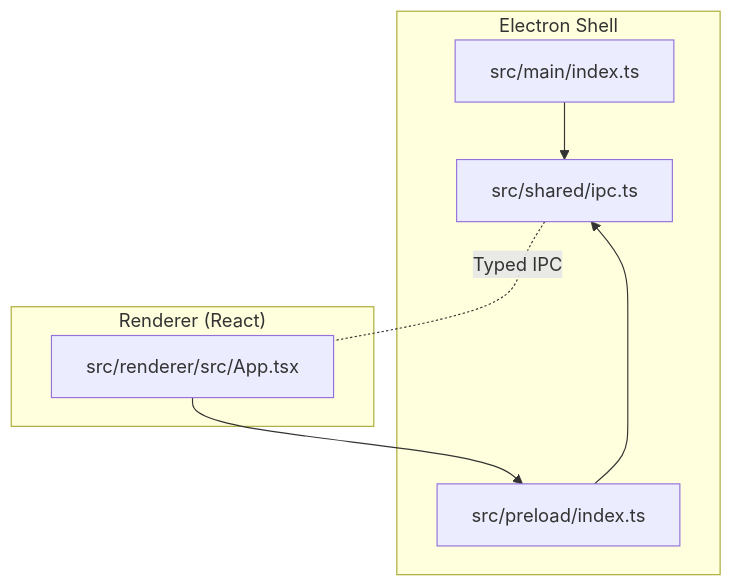
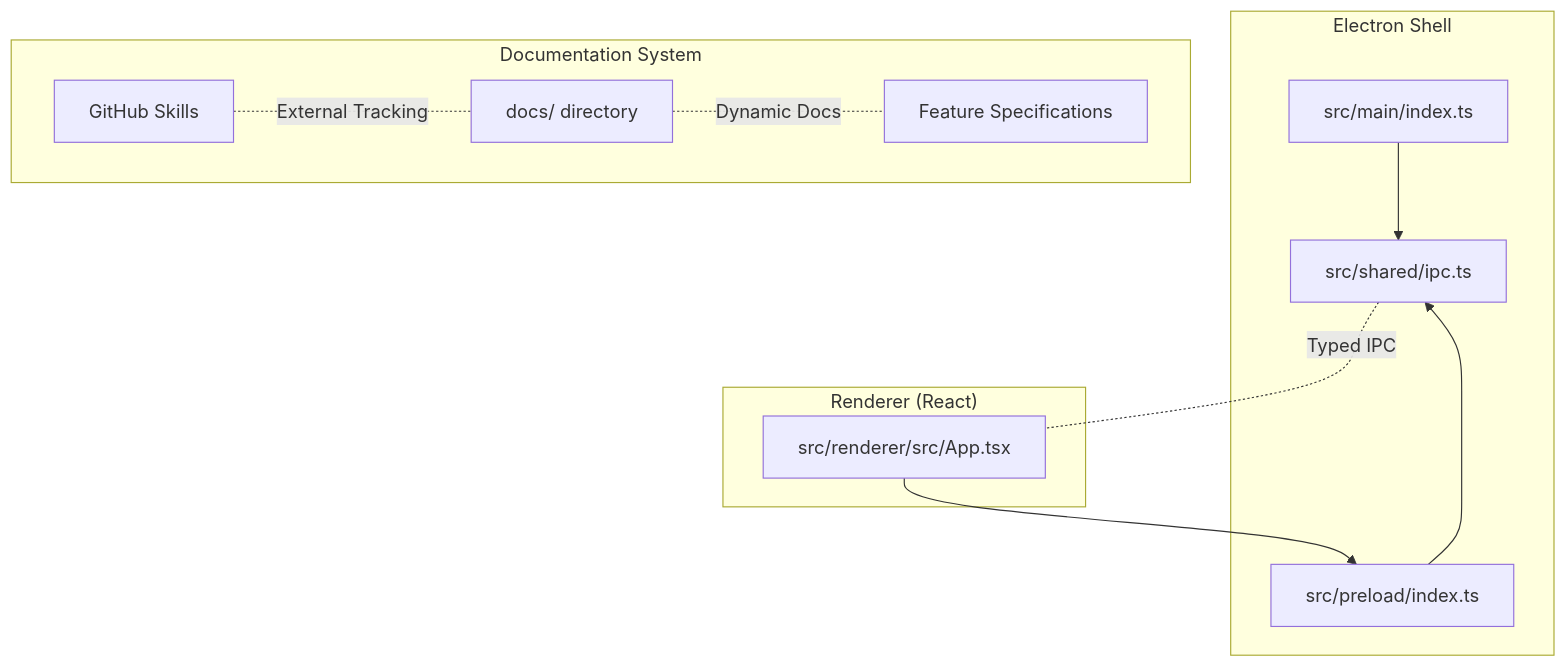
The first of 6 diagrams in .qoder/repowiki/en/content/Development Guidelines/Development Guidelines.md (satyrlord/mixjam-electron), drawn with Mermaid before and after one commit. The commit also changed other lines of this file and 5 other files, not shown here.

````diff
--- a/.qoder/repowiki/en/content/Development Guidelines/Development Guidelines.md
+++ b/.qoder/repowiki/en/content/Development Guidelines/Development Guidelines.md
@@ -52,15 +64,22 @@
 ```mermaid
 graph TB
 subgraph "Electron Shell"
 MAIN["src/main/index.ts"]
 PRELOAD["src/preload/index.ts"]
 SHARED["src/shared/ipc.ts"]
 end
 subgraph "Renderer (React)"
 APP["src/renderer/src/App.tsx"]
 end
+subgraph "Documentation System"
+DOCS["docs/ directory"]
+GITHUB["GitHub Skills"]
+SPEC["Feature Specifications"]
+end
 MAIN --> SHARED
 PRELOAD --> SHARED
 APP --> PRELOAD
 SHARED -. "Typed IPC" .- APP
+DOCS -. "Dynamic Docs" .- SPEC
+GITHUB -. "External Tracking" .- DOCS
 ```
````
